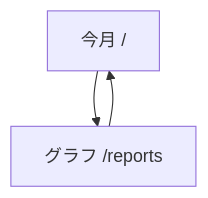
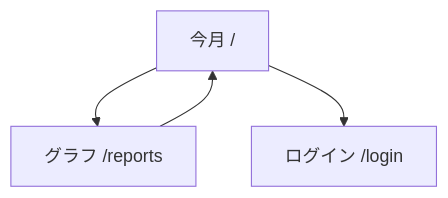
One commit to maeplego/portfolio-plan changed the second of 8 diagrams in portfolio-plan/personal-finance/docs/06-diagrams.md. Above: the diagram before and after it, drawn with Mermaid. The commit also changed other lines of this file and 7 other files, not shown here.

````diff
--- a/portfolio-plan/personal-finance/docs/06-diagrams.md
+++ b/portfolio-plan/personal-finance/docs/06-diagrams.md
@@ -26,7 +28,9 @@
 ```mermaid
 flowchart TB
   H[今月 /]
   R[グラフ /reports]
+  L[ログイン /login]
   H --> R
   R --> H
+  H --> L
 ```
````
